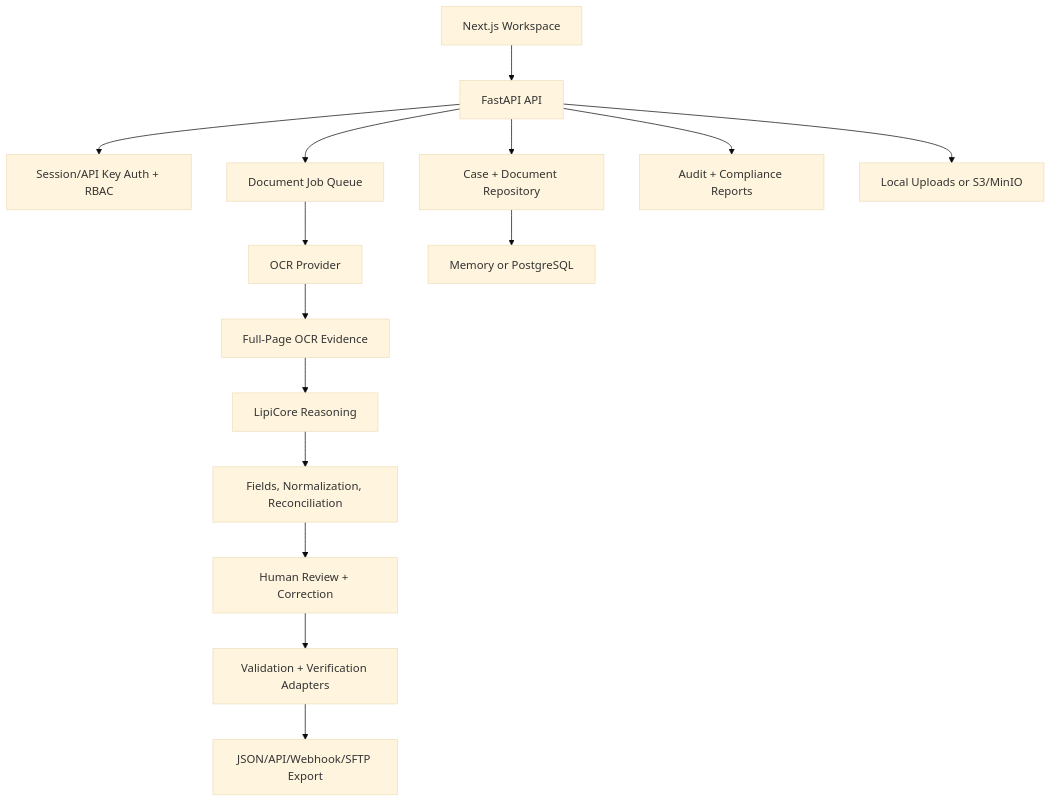
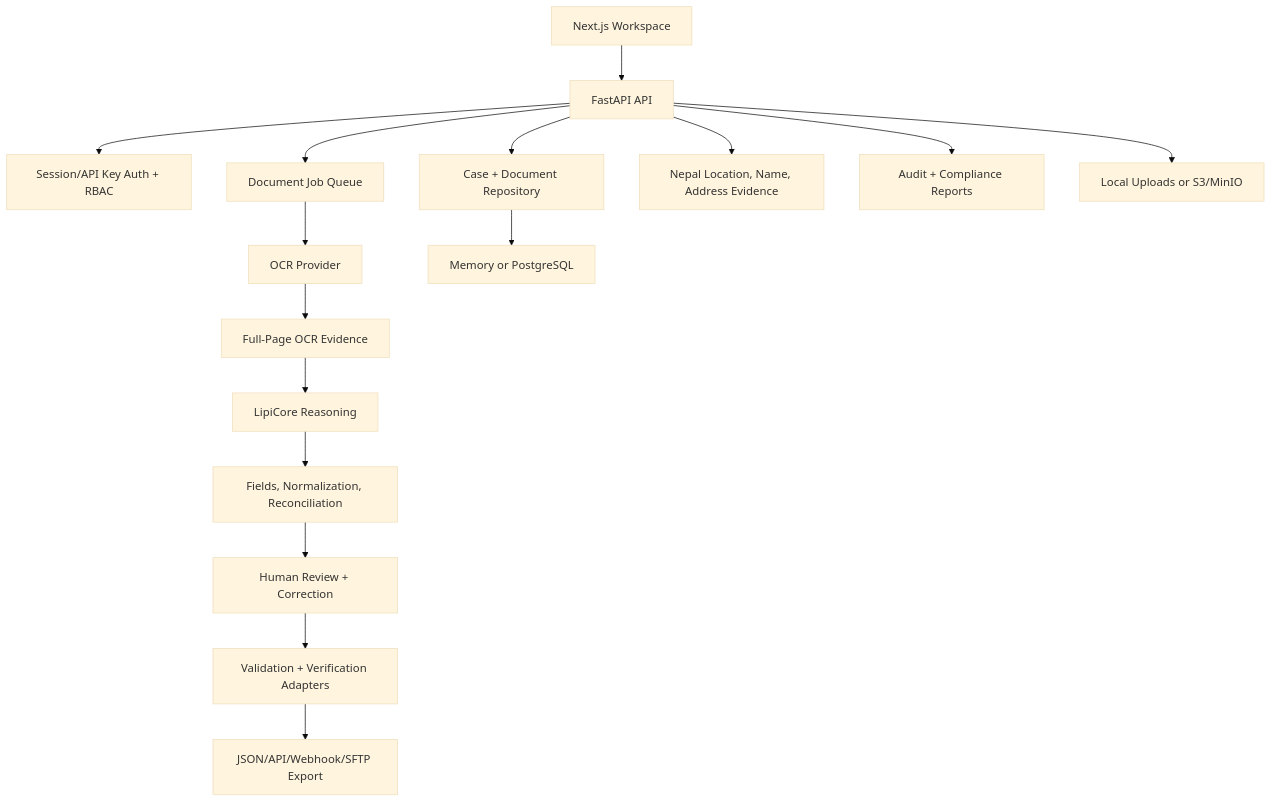
One commit to lipione/lipiocr changed the first of 2 diagrams in docs/architecture.md. Above: the diagram before and after it, drawn with Mermaid (base theme). The commit also changed other lines of this file and 11 other files, not shown here.

````diff
--- a/docs/architecture.md
+++ b/docs/architecture.md
@@ -16,17 +16,18 @@
 ```mermaid
 flowchart TD
     UI["Next.js Workspace"] --> API["FastAPI API"]
     API --> Auth["Session/API Key Auth + RBAC"]
     API --> Cases["Case + Document Repository"]
     API --> Jobs["Document Job Queue"]
     Jobs --> OCR["OCR Provider"]
     OCR --> Evidence["Full-Page OCR Evidence"]
     Evidence --> LipiCore["LipiCore Reasoning"]
     LipiCore --> Extraction["Fields, Normalization, Reconciliation"]
     Extraction --> Review["Human Review + Correction"]
     Review --> Validation["Validation + Verification Adapters"]
     Validation --> Export["JSON/API/Webhook/SFTP Export"]
+    API --> Reference["Nepal Location, Name, Address Evidence"]
     API --> Audit["Audit + Compliance Reports"]
     Cases --> DB["Memory or PostgreSQL"]
     API --> Storage["Local Uploads or S3/MinIO"]
 ```
````
